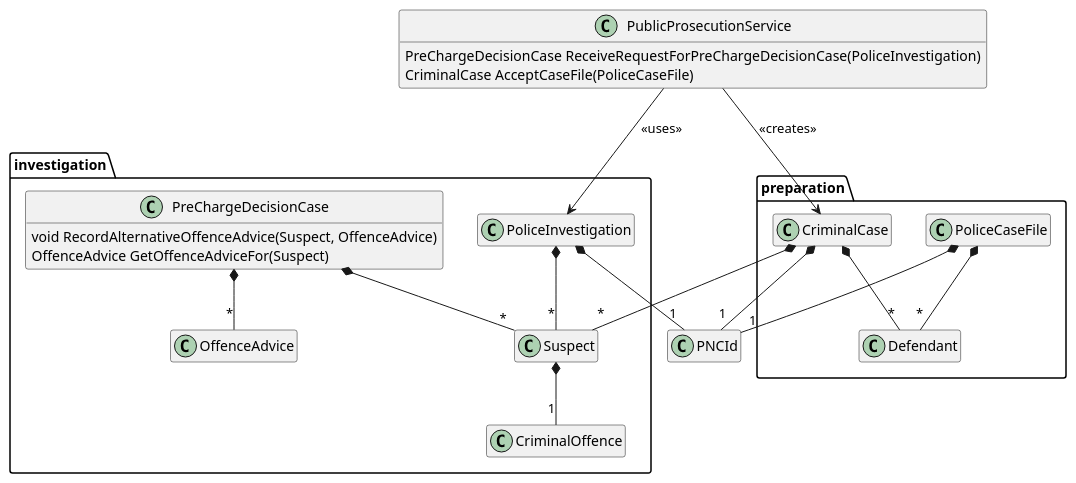
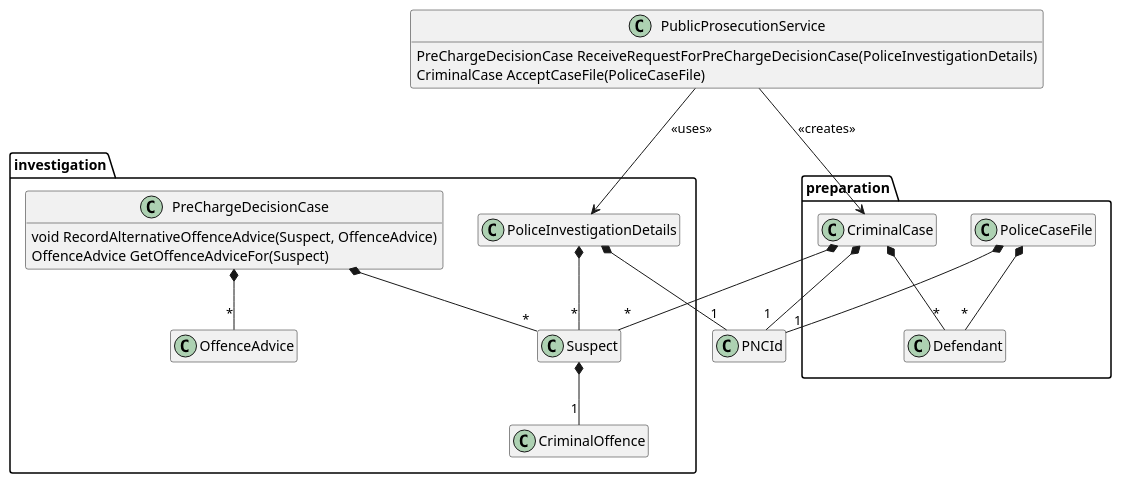
The diagram in docs/Domain-Model.puml (sswietoniowski/learning-csharp-domain-driven-desing-first-steps), drawn with PlantUML before and after one commit. The commit also changed 4 other files, not shown here.

Commit message:
Extras - REFACTOR - Further insight: PoliceInvestigation is actually read-only PoliceInvestigationDetails

```diff
--- a/docs/Domain-Model.puml
+++ b/docs/Domain-Model.puml
@@ -1,68 +1,68 @@
 @startuml Public Prosecution Service
 
 hide empty members
 hide empty methods
 
 package investigation {
     class CriminalOffence {
     }
 
     class OffenceAdvice {
     }
 
-    class PoliceInvestigation {
+    class PoliceInvestigationDetails {
     }
 
     class PreChargeDecisionCase {
         void RecordAlternativeOffenceAdvice(Suspect, OffenceAdvice)
         OffenceAdvice GetOffenceAdviceFor(Suspect)
     }
 
     class Suspect    {
     }
 }
 
 package preparation {
     class CriminalCase {
     }
 
     class Defendant {
     }
 
     class PoliceCaseFile {
     }
 }
 
 class PNCId {
 }
 
 class PublicProsecutionService {
-    PreChargeDecisionCase ReceiveRequestForPreChargeDecisionCase(PoliceInvestigation)
+    PreChargeDecisionCase ReceiveRequestForPreChargeDecisionCase(PoliceInvestigationDetails)
     CriminalCase AcceptCaseFile(PoliceCaseFile)
 }
 
 Suspect *-- "1" CriminalOffence
 
 PoliceCaseFile *-- "1" PNCId
 
 PoliceCaseFile *-- "*" Defendant
 
-PoliceInvestigation *-- "1" PNCId
+PoliceInvestigationDetails *-- "1" PNCId
 
-PoliceInvestigation *-- "*" Suspect
+PoliceInvestigationDetails *-- "*" Suspect
 
 PreChargeDecisionCase *-- "*" Suspect
 
 PreChargeDecisionCase *-- "*" OffenceAdvice
 
 CriminalCase *-- "1" PNCId
 
 CriminalCase *-- "*" Suspect
 
 CriminalCase *-- "*" Defendant
 
 PublicProsecutionService --> CriminalCase : <<creates>>
 
-PublicProsecutionService --> PoliceInvestigation : <<uses>>
+PublicProsecutionService --> PoliceInvestigationDetails : <<uses>>
 
 @enduml
```
